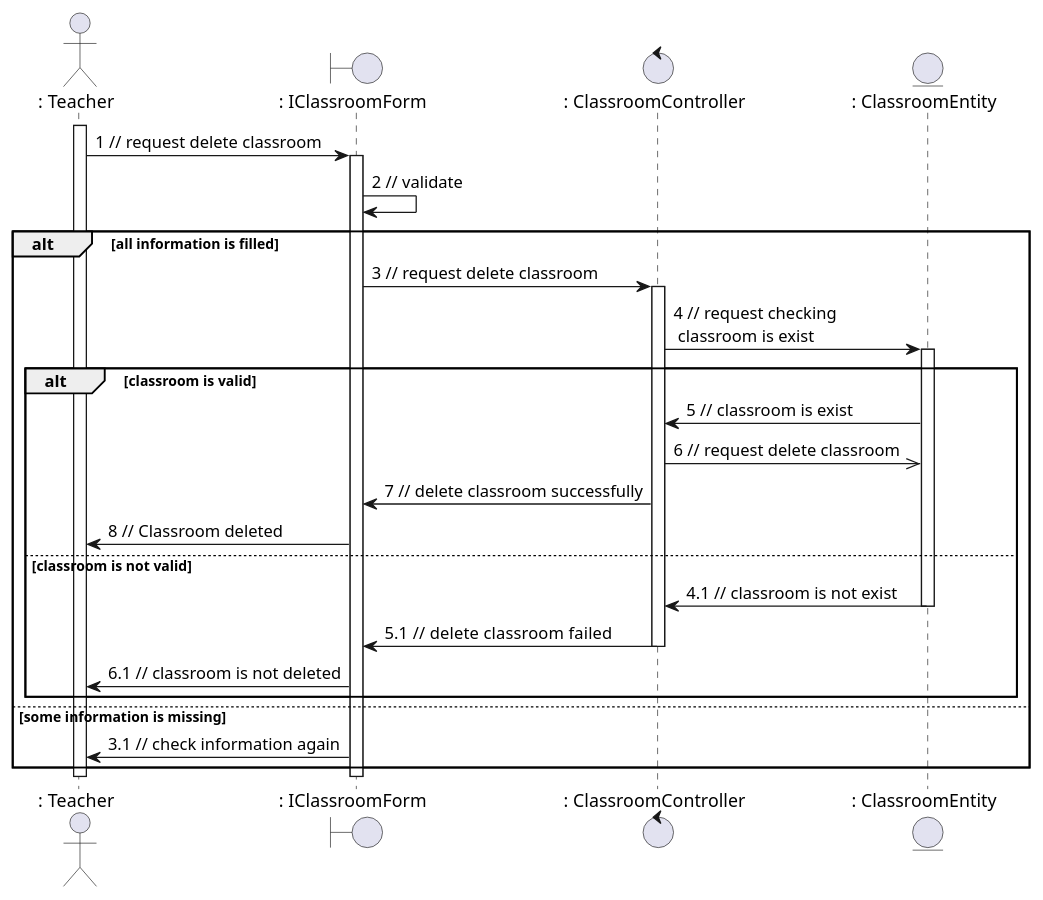
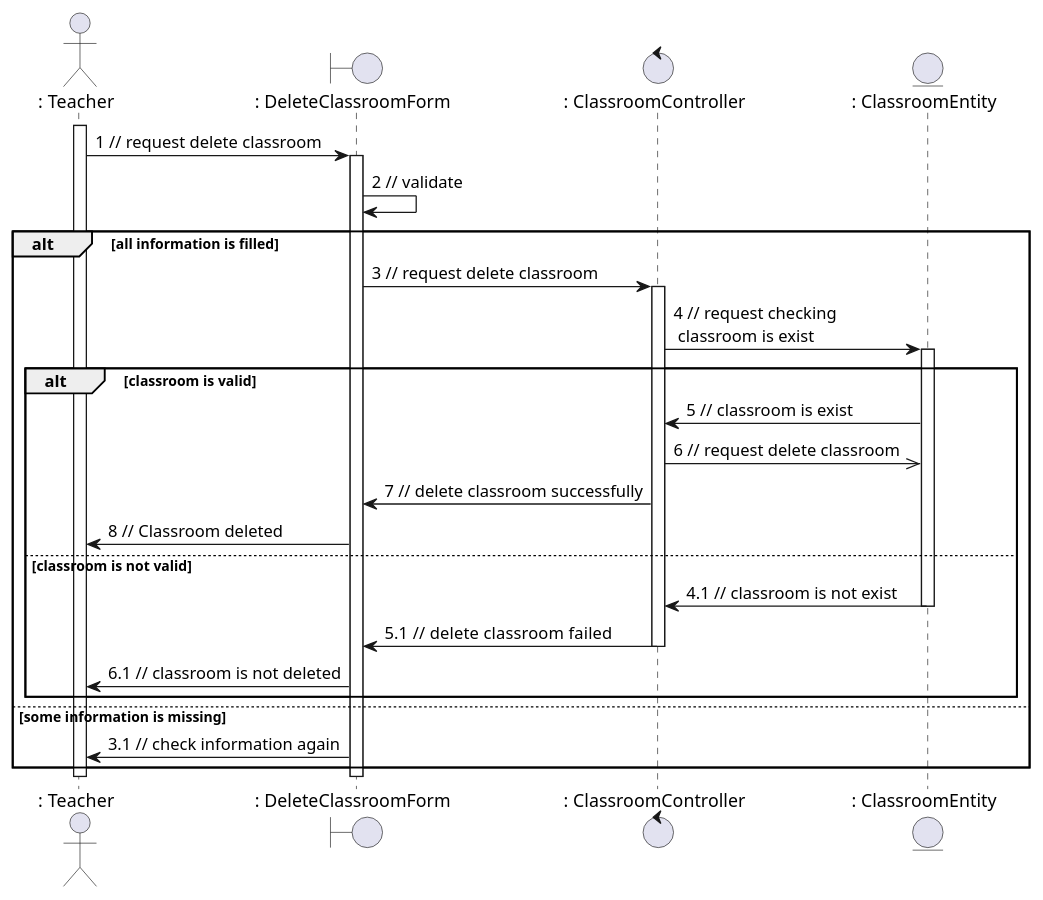
One commit to anonyhostvn/OOAD-Diagram changed the diagram in sequence - analaysis/classroom/deleteClass.plantuml. Above: the diagram before and after it, drawn with PlantUML. The commit also changed 5 other files, not shown here.

```diff
--- a/sequence - analaysis/classroom/deleteClass.plantuml
+++ b/sequence - analaysis/classroom/deleteClass.plantuml
@@ -1,36 +1,36 @@
 @startuml deleteClass
 
 actor ": Teacher"
-boundary ": IClassroomForm"
+boundary ": DeleteClassroomForm"
 control ": ClassroomController"
 entity ": ClassroomEntity"
 
 activate ": Teacher"
-": Teacher" -> ": IClassroomForm": 1 // request delete classroom
-activate ": IClassroomForm"
-": IClassroomForm" -> ": IClassroomForm": 2 // validate
+": Teacher" -> ": DeleteClassroomForm": 1 // request delete classroom
+activate ": DeleteClassroomForm"
+": DeleteClassroomForm" -> ": DeleteClassroomForm": 2 // validate
 alt all information is filled
-    ": IClassroomForm" -> ": ClassroomController": 3 // request delete classroom
+    ": DeleteClassroomForm" -> ": ClassroomController": 3 // request delete classroom
     activate ": ClassroomController"
     ": ClassroomController" -> ": ClassroomEntity": 4 // request checking \n classroom is exist
     activate ": ClassroomEntity"
     alt classroom is valid
         ": ClassroomEntity" -> ": ClassroomController": 5 // classroom is exist 
         ": ClassroomController" ->> ": ClassroomEntity": 6 // request delete classroom
-        ": ClassroomController" -> ": IClassroomForm": 7 // delete classroom successfully
-        ": IClassroomForm" -> ": Teacher": 8 // Classroom deleted
+        ": ClassroomController" -> ": DeleteClassroomForm": 7 // delete classroom successfully
+        ": DeleteClassroomForm" -> ": Teacher": 8 // Classroom deleted
     else classroom is not valid
         ": ClassroomEntity" -> ": ClassroomController": 4.1 // classroom is not exist
         deactivate ": ClassroomEntity"
-        ": ClassroomController" -> ": IClassroomForm": 5.1 // delete  classroom failed
+        ": ClassroomController" -> ": DeleteClassroomForm": 5.1 // delete  classroom failed
         deactivate ": ClassroomController"
-        ": IClassroomForm" -> ": Teacher": 6.1 // classroom is not deleted
+        ": DeleteClassroomForm" -> ": Teacher": 6.1 // classroom is not deleted
     end
 else some information is missing
-    ": IClassroomForm" -> ": Teacher": 3.1 // check information again
+    ": DeleteClassroomForm" -> ": Teacher": 3.1 // check information again
 end
 
-deactivate ": IClassroomForm"
+deactivate ": DeleteClassroomForm"
 deactivate ": Teacher"
 
 @enduml
```
